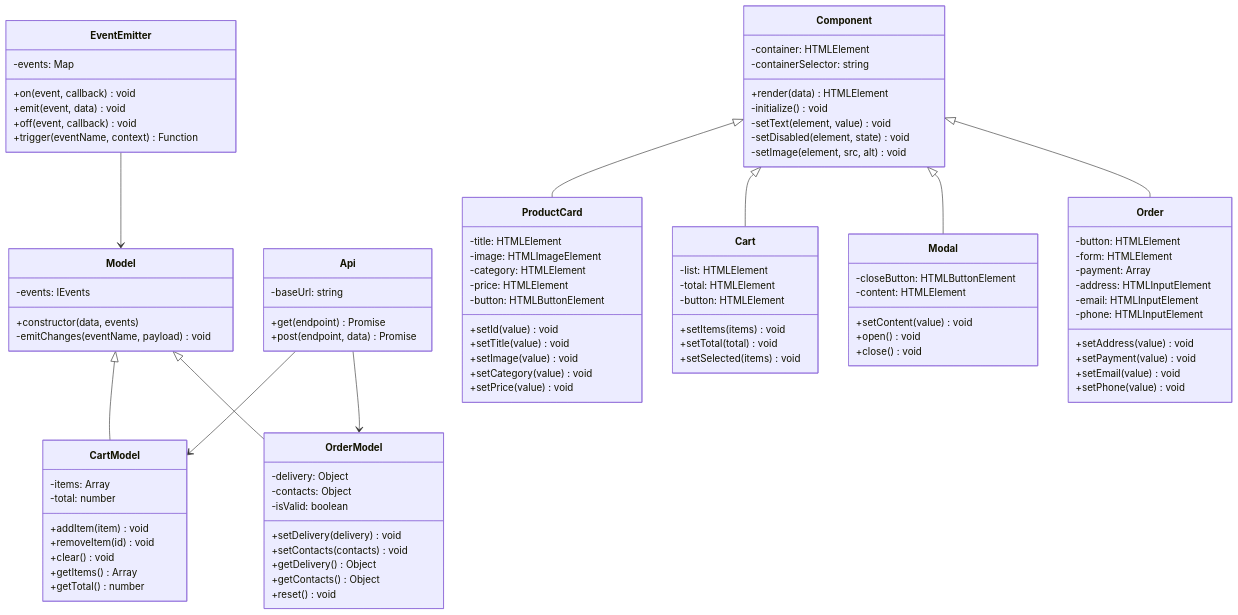
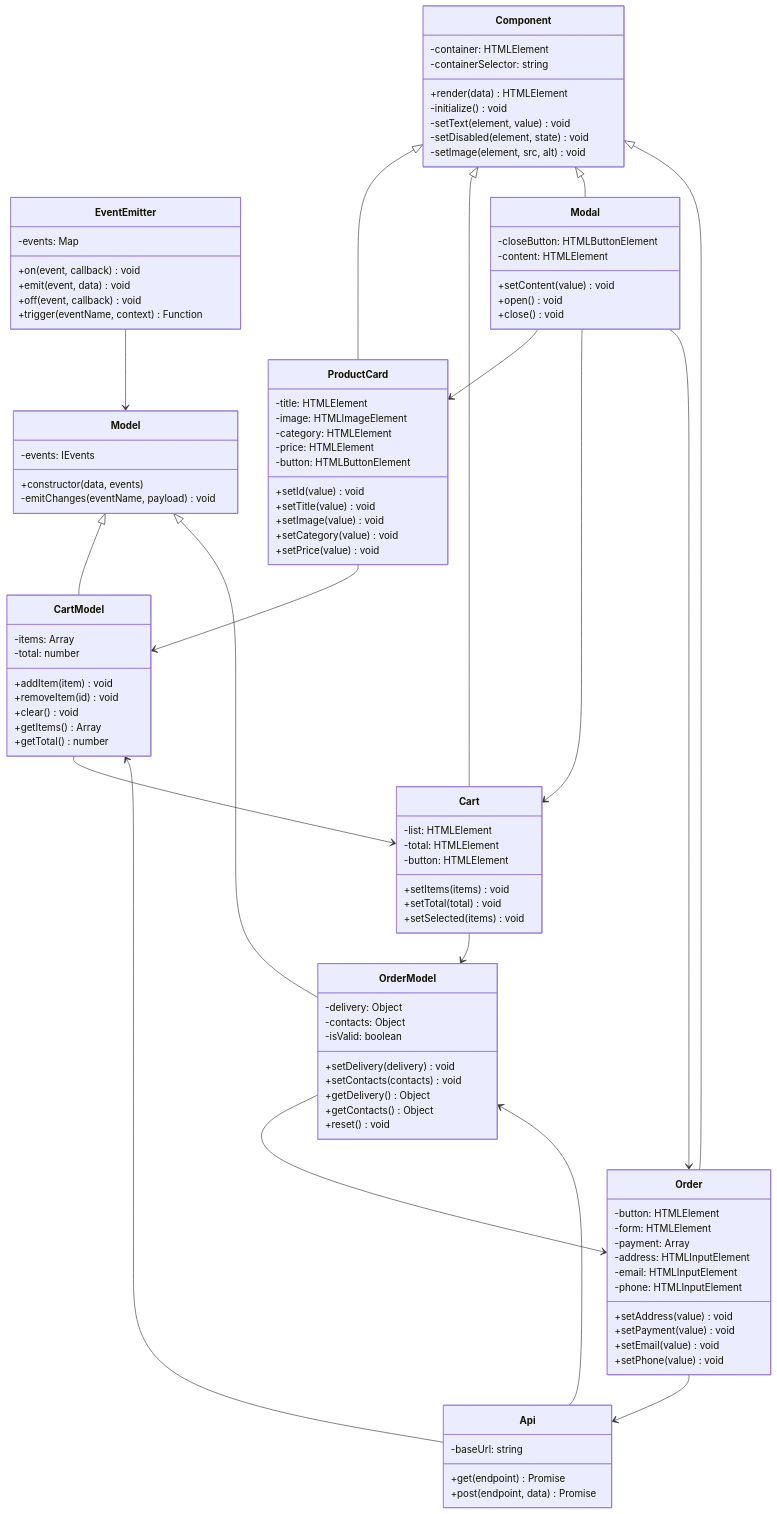
One commit to R7Nick7A/Frontend-Yandex changed the diagram in README.md. Above: the diagram before and after it, drawn with Mermaid.

````diff
--- a/README.md
+++ b/README.md
@@ -271,13 +271,26 @@
         +setPhone(value) void
     }
 
+    %% Наследование
     Component <|-- ProductCard
     Component <|-- Cart
     Component <|-- Modal
     Component <|-- Order
     Model <|-- CartModel
     Model <|-- OrderModel
+
+    %% Зависимости
     EventEmitter --> Model
     Api --> CartModel
     Api --> OrderModel
+    
+    %% Новые связи
+    CartModel --> Cart
+    OrderModel --> Order
+    ProductCard --> CartModel
+    Cart --> OrderModel
+    Order --> Api
+    Modal --> ProductCard
+    Modal --> Cart
+    Modal --> Order
 ```
````
